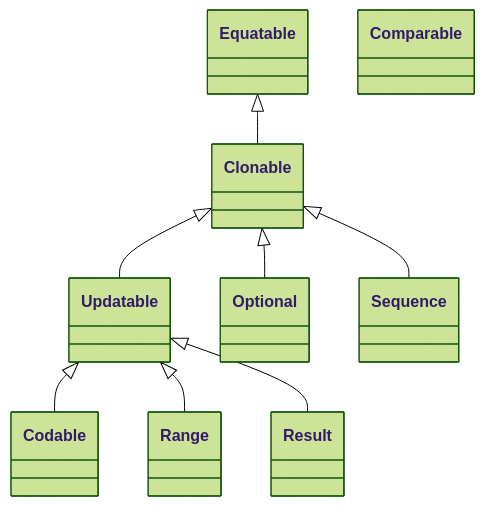
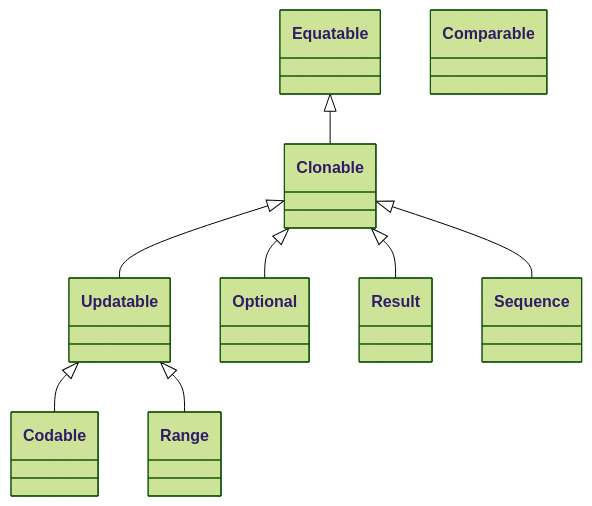
The diagram in README.md (lemo-nade-room/TypeScript-Foundation), drawn with Mermaid (forest theme) before and after one commit. The commit also changed 5 other files, not shown here.

Commit message:
v0.0.8 Sequenceのメソッドを追加

````diff
--- a/README.md
+++ b/README.md
@@ -74,12 +74,12 @@
 ```mermaid
 classDiagram
     Equatable <|-- Clonable
     Clonable <|-- Updatable
     Updatable <|-- Codable
     Comparable : 
     Clonable <|-- Optional
+    Clonable <|-- Result
     Updatable <|-- Range
-    Updatable <|-- Result
     Clonable <|-- Sequence
  
 ```
````
